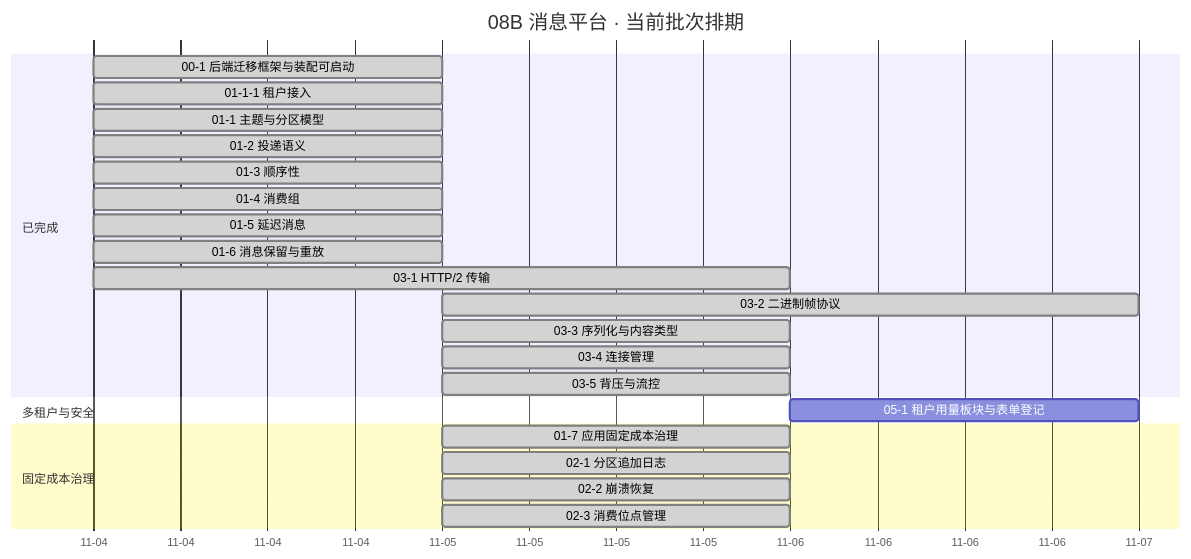
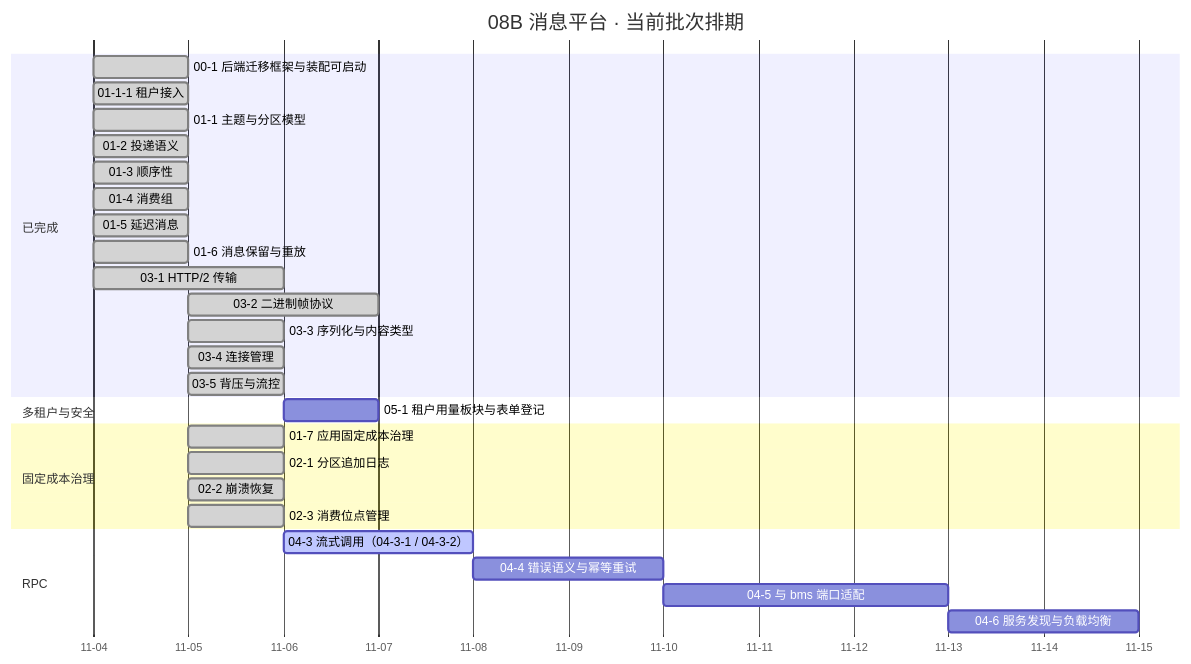
One commit to minjian123/message-platform changed the diagram in msg文档/项目/08B_消息平台/计划/01_计划_消息平台.md. Above: the diagram before and after it, drawn with Mermaid. The commit also changed other lines of this file and 6 other files, not shown here.

````diff
--- a/msg文档/项目/08B_消息平台/计划/01_计划_消息平台.md
+++ b/msg文档/项目/08B_消息平台/计划/01_计划_消息平台.md
@@ -76,28 +76,33 @@
 ```mermaid
 gantt
     title 08B 消息平台 · 当前批次排期
-    %% 任务域 02：02-7 已交付（2026-11-05）、02-4/02-5 搁置（待 8B_05）；任务域 04：04-1 已交付（2026-11-05）不入甘特，04-2~04-6 待排期；均不入甘特
+    %% 任务域 02：02-7 已交付（2026-11-05）、02-4/02-5 搁置（待 8B_05）；任务域 04：04-1 / 04-2 / 04-7 已交付不入甘特，04-3~04-6 已解搁置并顺排（04-3 进行中）
     dateFormat YYYY-MM-DD
     axisFormat %m-%d
     section 已完成
     00-1 后端迁移框架与装配可启动 :done, d001, 2026-11-04, 1d
     01-1-1 租户接入 :done, d0111, 2026-11-04, 1d
     01-1 主题与分区模型 :done, t011, 2026-11-04, 1d
     01-2 投递语义 :done, t012, 2026-11-04, 1d
     01-3 顺序性 :done, t013, 2026-11-04, 1d
     01-4 消费组 :done, t014, 2026-11-04, 1d
     01-5 延迟消息 :done, t015, 2026-11-04, 1d
     01-6 消息保留与重放 :done, t016, 2026-11-04, 1d
     03-1 HTTP/2 传输 :done, t031, 2026-11-04, 2d
     03-2 二进制帧协议 :done, t032, 2026-11-05, 2d
     03-3 序列化与内容类型 :done, t033, 2026-11-05, 1d
     03-4 连接管理 :done, t034, 2026-11-05, 1d
     03-5 背压与流控 :done, t035, 2026-11-05, 1d
     section 多租户与安全
     05-1 租户用量板块与表单登记 :t051, after t035, 1d
     section 固定成本治理
     01-7 应用固定成本治理 :done, t017, 2026-11-05, 1d
     02-1 分区追加日志 :done, t021, 2026-11-05, 1d
     02-2 崩溃恢复 :done, t022, 2026-11-05, 1d
     02-3 消费位点管理 :done, t023, 2026-11-05, 1d
+    section RPC
+    04-3 流式调用（04-3-1 / 04-3-2） :active, t043, 2026-11-06, 2d
+    04-4 错误语义与幂等重试 :t044, 2026-11-08, 2d
+    04-5 与 bms 端口适配 :t045, 2026-11-10, 3d
+    04-6 服务发现与负载均衡 :t046, 2026-11-13, 2d
 ```
````
